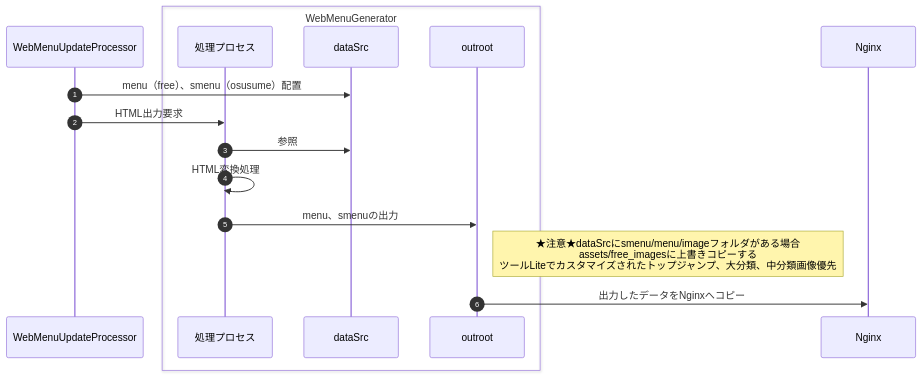
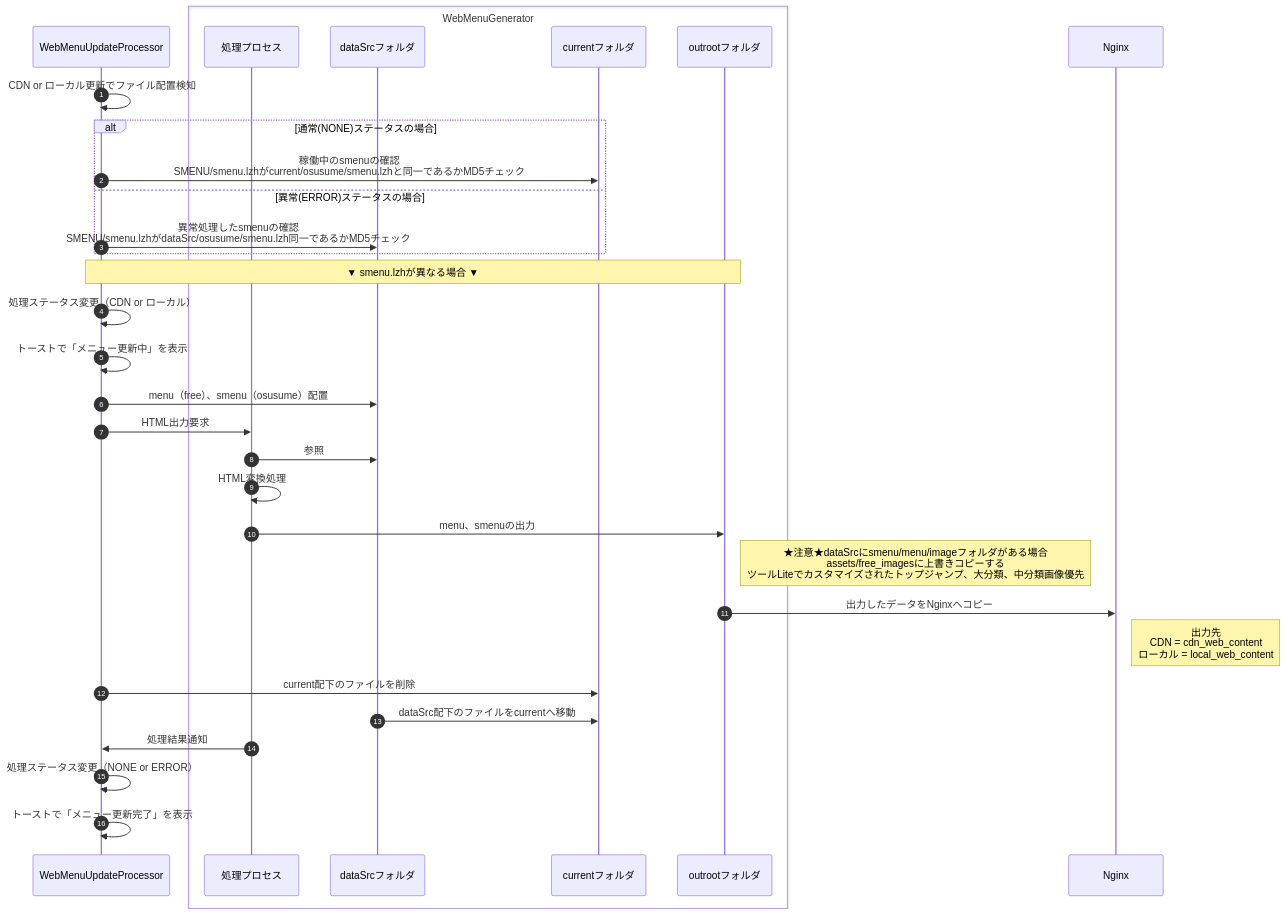
One commit to t-yamaguchi-ie/webMenuGenerator changed the diagram in doc/HTML生成シーケンス.md. Above: the diagram before and after it, drawn with Mermaid.

Commit message:
WebMenuGeneratorへのファイル配置と処理開始判断、終了時処理を更新

````diff
--- a/doc/HTML生成シーケンス.md
+++ b/doc/HTML生成シーケンス.md
@@ -1,23 +1,44 @@
 ```mermaid
 sequenceDiagram
     autonumber
 
     participant parent as WebMenuUpdateProcessor
     box WebMenuGenerator
         participant generator as 処理プロセス
-        participant dataSrc as dataSrc
-        participant outroot as outroot
+        participant dataSrc as dataSrcフォルダ
+        participant current as currentフォルダ
+        participant outroot as outrootフォルダ
     end
     participant Nginx as Nginx
+
+    parent->>parent: CDN or ローカル更新でファイル配置検知
+
+    alt 通常(NONE)ステータスの場合
+        parent->>current: 稼働中のsmenuの確認<br>SMENU/smenu.lzhがcurrent/osusume/smenu.lzhと同一であるかMD5チェック
+    else 異常(ERROR)ステータスの場合
+        parent->>dataSrc: 異常処理したsmenuの確認<br>SMENU/smenu.lzhがdataSrc/osusume/smenu.lzh同一であるかMD5チェック 
+    end
+
+    Note over parent,outroot: ▼ smenu.lzhが異なる場合 ▼
+
+    parent->>parent: 処理ステータス変更（CDN or ローカル）
+    parent->>parent: トーストで「メニュー更新中」を表示
 
     parent->>dataSrc: menu（free）、smenu（osusume）配置
     parent->>generator: HTML出力要求
     generator->>dataSrc: 参照
     generator->>generator: HTML変換処理
     generator->>outroot: menu、smenuの出力
     Note right of outroot: ★注意★dataSrcにsmenu/menu/imageフォルダがある場合<br/>assets/free_imagesに上書きコピーする<br/>ツールLiteでカスタマイズされたトップジャンプ、大分類、中分類画像優先
 
     outroot->>Nginx: 出力したデータをNginxへコピー
+    Note right of Nginx: 出力先<br>CDN = cdn_web_content<br>ローカル = local_web_content 
 
+    parent->>current: current配下のファイルを削除
+    dataSrc->>current: dataSrc配下のファイルをcurrentへ移動 
+
+    generator->>parent: 処理結果通知
+    parent->>parent: 処理ステータス変更（NONE or ERROR）
+    parent->>parent: トーストで「メニュー更新完了」を表示
 
 ```
````
